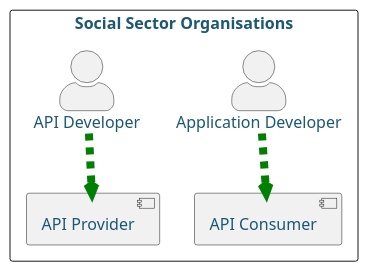
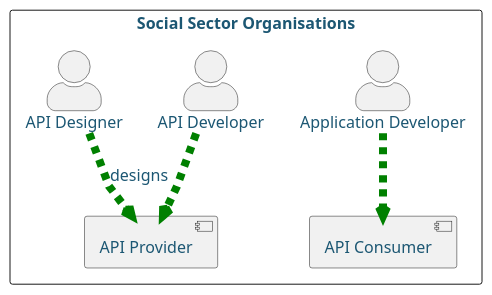
The first of 5 diagrams in docs/api-concepts/05-standards-component-definitions.md (MiddlewareNewZealand/msd-api-standards), drawn with PlantUML before and after one commit. The commit also changed other lines of this file and 15 other files, not shown here.

Commit message:
add new diagrams

````diff
--- a/docs/api-concepts/05-standards-component-definitions.md
+++ b/docs/api-concepts/05-standards-component-definitions.md
@@ -67,24 +67,26 @@
 ```plantuml alt="Diagram showing API interactions within Social Sector organisations"
 @startuml
 
 skinparam {
     defaultFontColor #1c5773
     defaultBackgroundColor #d7f8ff
     defaultComponentColour #61d9de
     defaultActorColour #61d9de
     defaultFontSize 16
     defaultArrowThickness 6
     actorStyle awesome
     linetype polyline
 }
 
 rectangle "Social Sector Organisations" {
     component "API Consumer" as AC
     component "API Provider"  as AP
     actor "Application Developer" as APPD
     actor "API Developer" as APID
+    actor "API Designer" as APDS
     APPD .[#green,dashed,thickness=8].> AC
     APID .[#green,dashed,thickness=8].> AP
+    APDS .[#green,dashed,thickness=8].> AP : designs
 }
 @enduml
 ```
````
